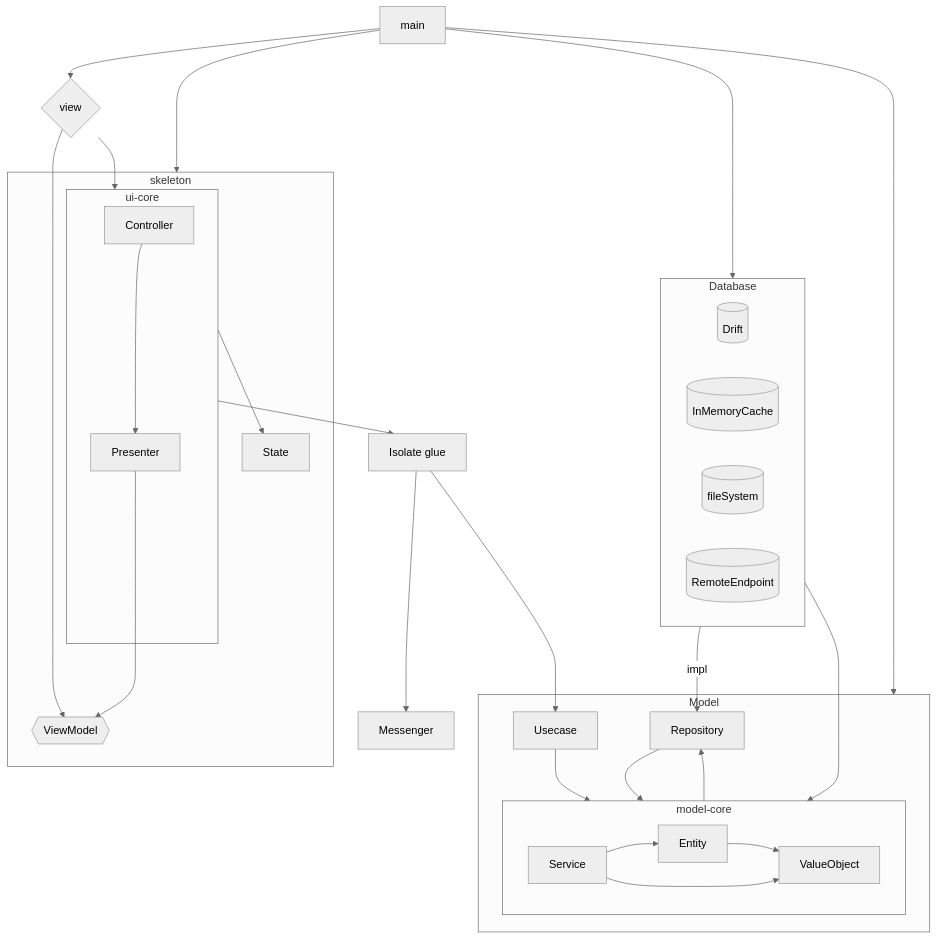
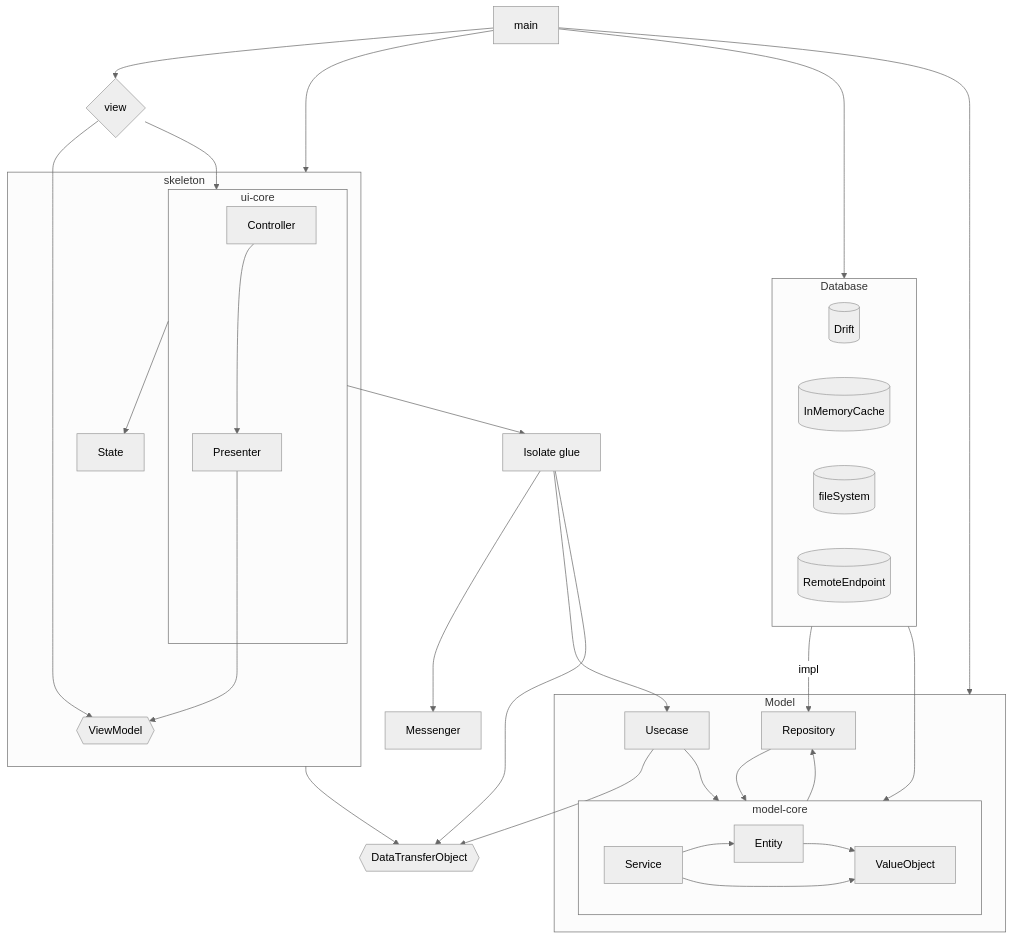
Before and after one commit to HBenpitsu/miraibov2: the first of 2 diagrams in docs/architecture.md, drawn with Mermaid (neutral theme). The commit also changed other lines of this file and 27 other files, not shown here.

````diff
--- a/docs/architecture.md
+++ b/docs/architecture.md
@@ -78,66 +78,71 @@
 ```mermaid
 flowchart TB
 	main
 
 	view{view}
 	view --> ViewModel
 	view --> ui-core
 	subgraph skeleton
 
 		subgraph ui-core
 			Controller-->Presenter
 		end
 
 		ViewModel{{ViewModel}}
 		State
 
 		Presenter-->ViewModel
 		ui-core-->State
 
 	end
 
 
 	isoglue[Isolate glue]
 	Messenger
 
 	ui-core-->isoglue
 	isoglue-->Messenger
 	isoglue-->Usecase
 
 	subgraph Model
 		Usecase
 
 		subgraph model-core
 
 			Service
 			Entity
 			ValueObject
 
 			Service-->Entity
 			Entity-->ValueObject
 			Service-->ValueObject
 
 		end
 
 		Repository
 
 		Usecase-->model-core
 		model-core-->Repository
 		Repository-->model-core
 	end
 
 	subgraph Database
 		drift[(Drift)]
 		inMemory[(InMemoryCache)]
 		fileSystem[(fileSystem)]
 		remote[(RemoteEndpoint)]
 	end
 
 	Database --impl--> Repository
 	Database --> model-core
 
 	main-->view
 	main-->skeleton
 	main-->Database
 	main-->Model
+
+	DataTransferObject{{DataTransferObject}}
+	Usecase-->DataTransferObject
+	isoglue-->DataTransferObject
+	skeleton-->DataTransferObject
 ```
````
